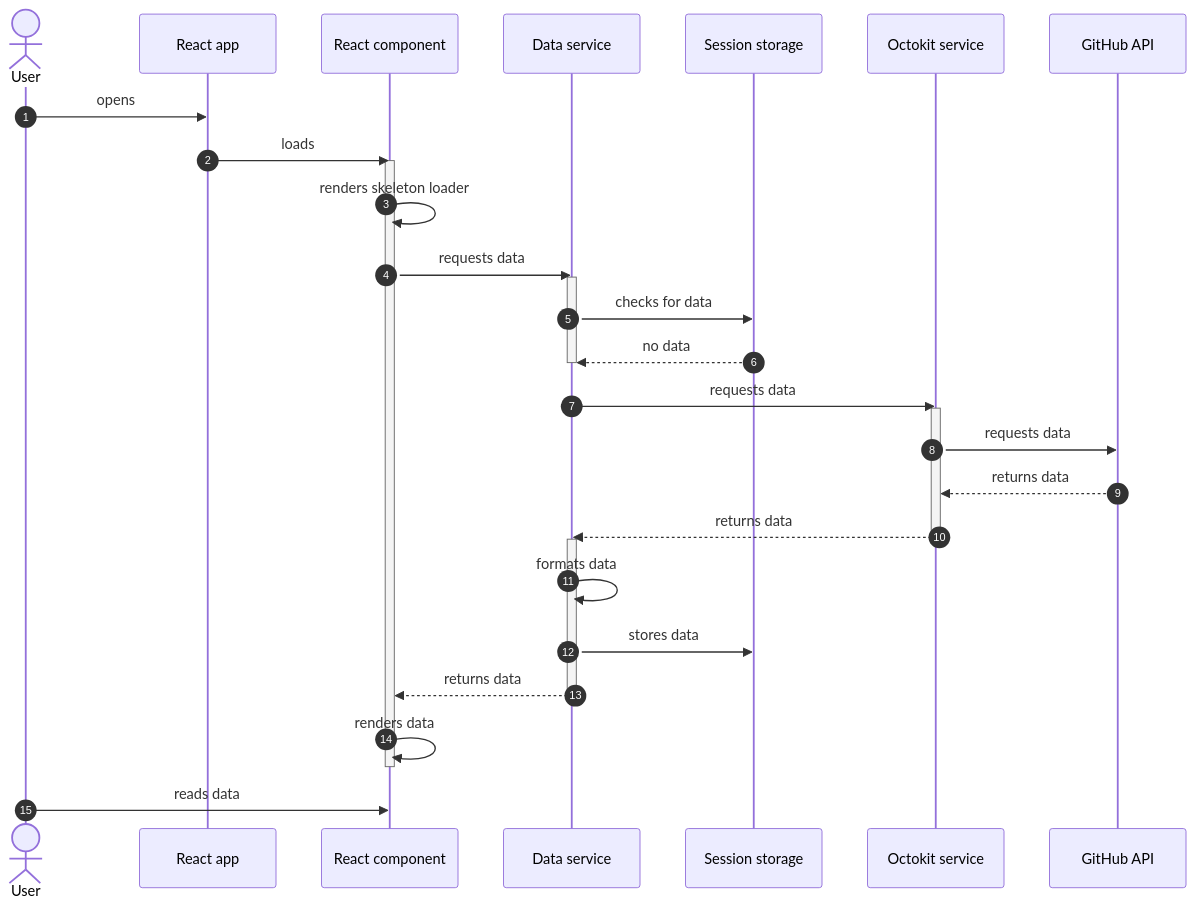
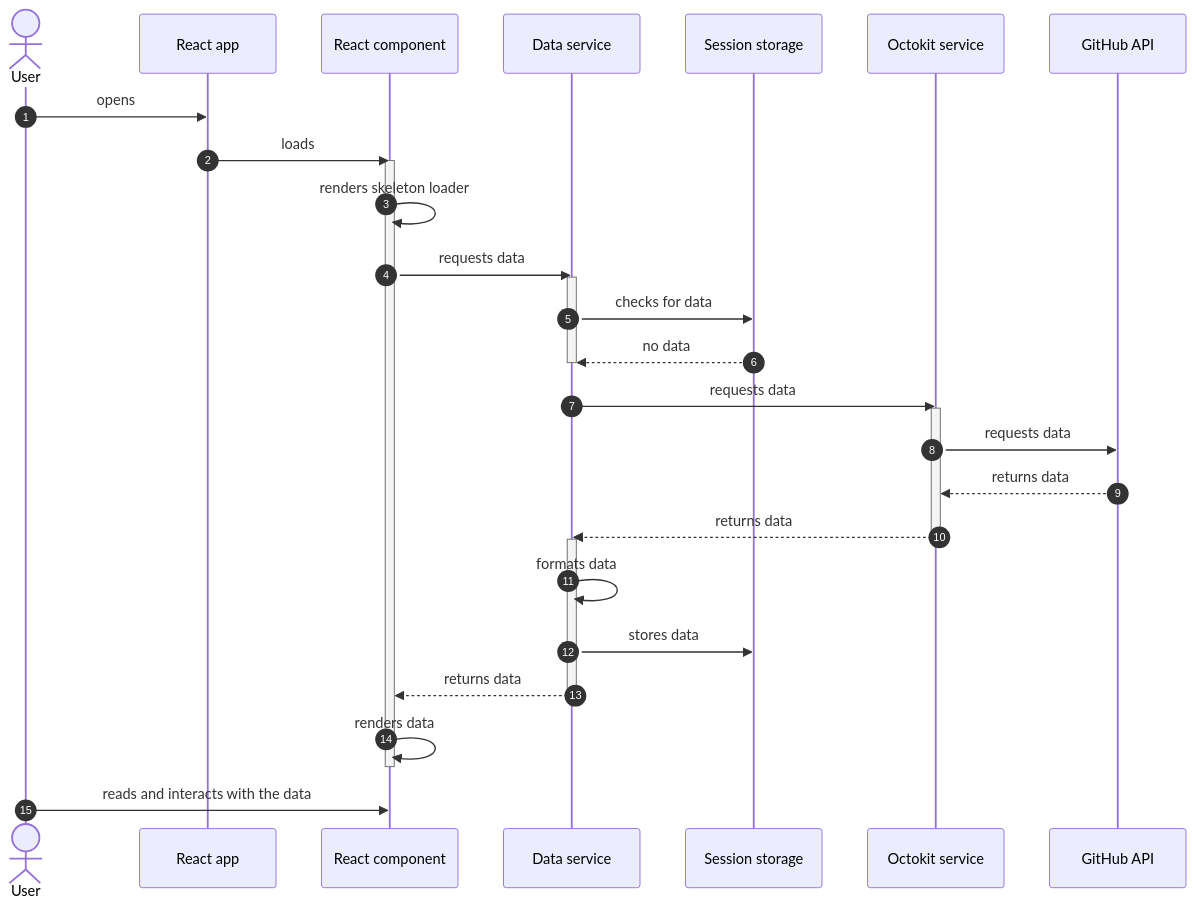
One commit to rikurauhala/insights changed the first of 2 diagrams in docs/architecture.md. Above: the diagram before and after it, drawn with Mermaid. The commit also changed other lines of this file, not shown here.

Commit message:
Add reloading the page sequence diagram

````diff
--- a/docs/architecture.md
+++ b/docs/architecture.md
@@ -7,36 +9,36 @@
 ```mermaid
 sequenceDiagram
   autonumber
 
   actor       USER    as User
   participant APP     as React app
   participant ELEMENT as React component
   participant DATA    as Data service
   participant STORAGE as Session storage
   participant OCTOKIT as Octokit service
   participant GITHUB  as GitHub API
 
   USER     ->> APP     : opens
   APP      ->> ELEMENT : loads
   activate     ELEMENT
   ELEMENT  ->> ELEMENT : renders skeleton loader
   ELEMENT  ->> DATA    : requests data
   activate     DATA
   DATA     ->> STORAGE : checks for data
   STORAGE -->> DATA    : no data
   deactivate   DATA
   DATA     ->> OCTOKIT : requests data
   activate     OCTOKIT
   OCTOKIT  ->> GITHUB  : requests data
   GITHUB  -->> OCTOKIT : returns data
   OCTOKIT -->> DATA    : returns data
   deactivate   OCTOKIT
   activate     DATA
   DATA     ->> DATA    : formats data
   DATA     ->> STORAGE : stores data
   DATA    -->> ELEMENT : returns data
   deactivate   DATA
   ELEMENT  ->> ELEMENT : renders data
   deactivate   ELEMENT
-  USER     ->> ELEMENT : reads data
+  USER     ->> ELEMENT : reads and interacts with the data
 ```
````
